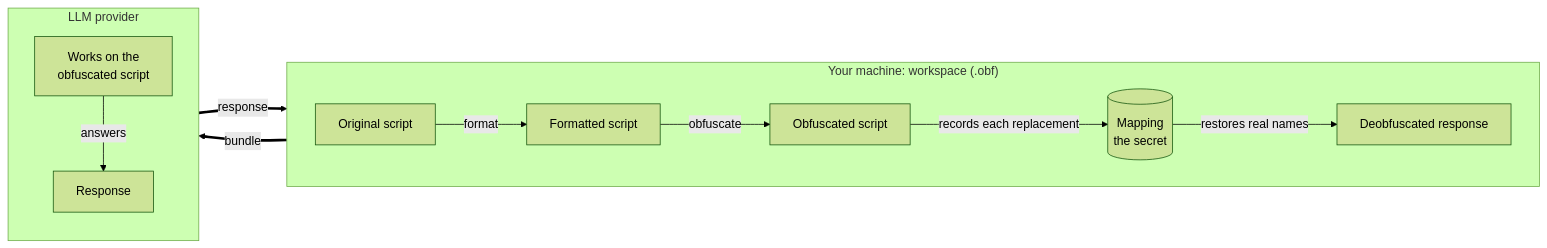
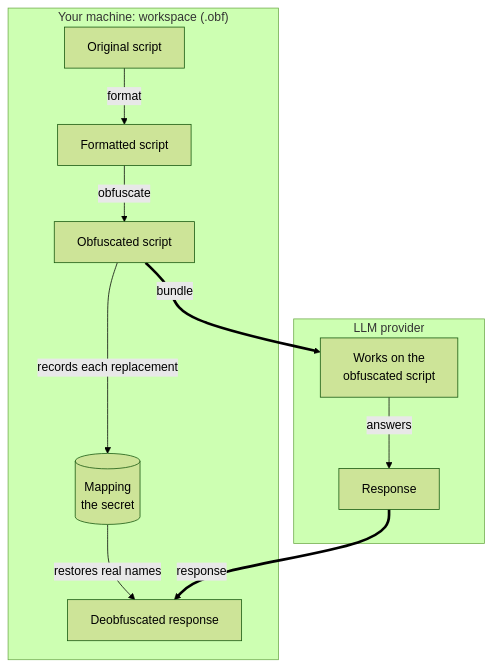
One commit to s-richter/sql-obfuscator changed the diagram in README.md. Above: the diagram before and after it, drawn with Mermaid (forest theme).

Commit message:
Lay the README diagram out top to bottom
The left-to-right layout was too wide on GitHub and its text too small.

Claude-Session: https://claude.ai/code/session_01RF1vsiv18Ju9gQwdhSyTHR

````diff
--- a/README.md
+++ b/README.md
@@ -34,16 +34,14 @@
 ```mermaid
-flowchart LR
+flowchart TB
     subgraph machine["Your machine: workspace (.obf)"]
-        direction LR
         O["Original script"] -->|format| F["Formatted script"]
         F -->|obfuscate| X["Obfuscated script"]
         X -->|records each replacement| M[("Mapping<br/>the secret")]
         M -->|restores real names| D["Deobfuscated response"]
     end
     subgraph provider["LLM provider"]
-        direction TB
         W["Works on the<br/>obfuscated script"] -->|answers| R["Response"]
     end
     X ==>|bundle| W
     R ==>|response| D
 ```
````
